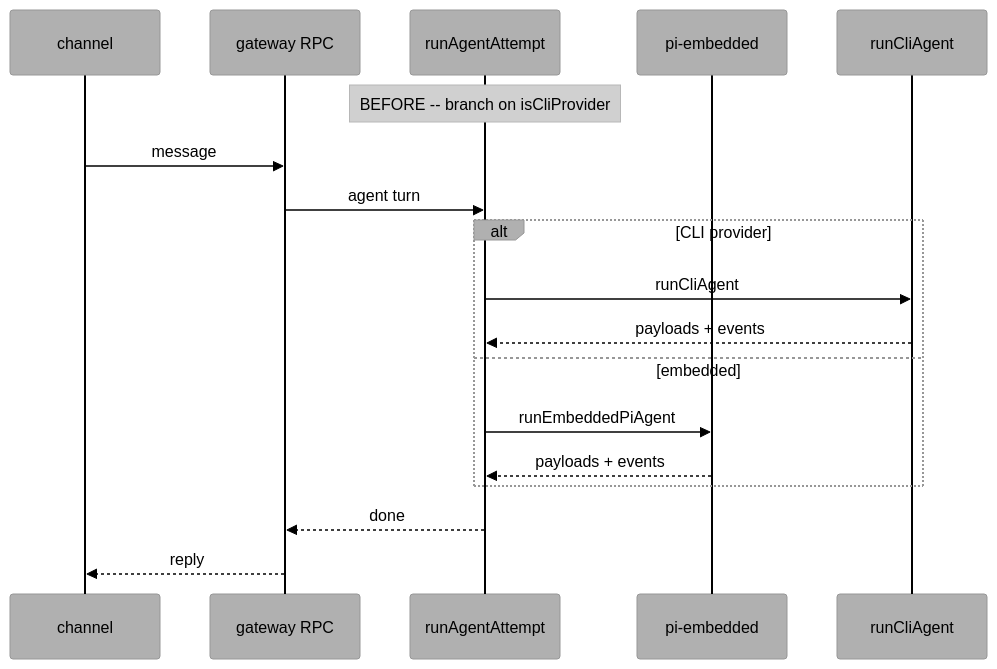
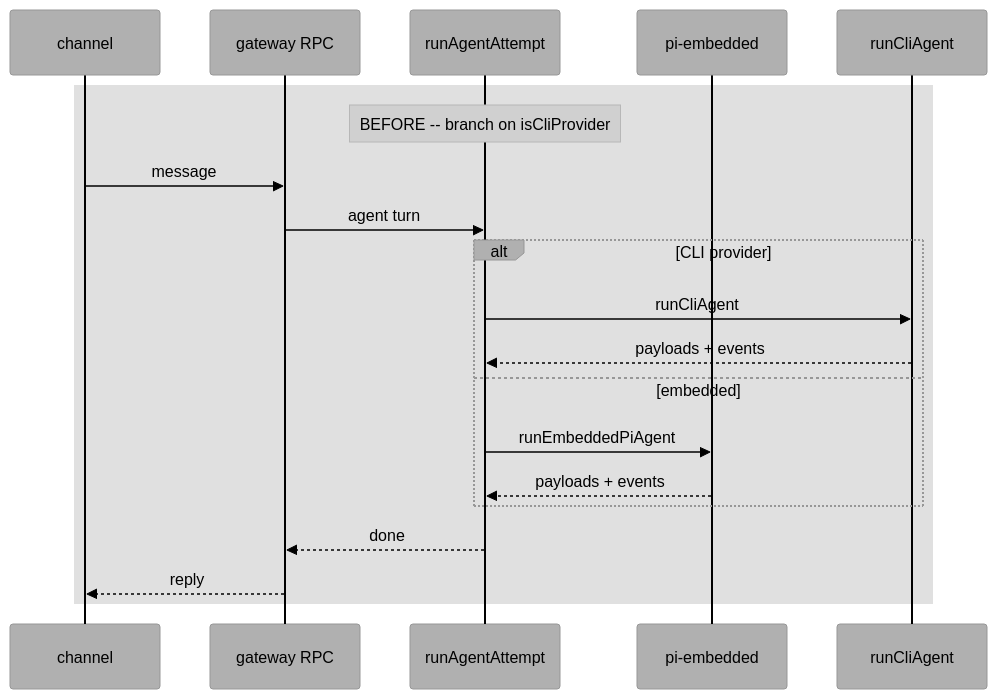
The fourth of 9 diagrams in docs/refactor/acp-everywhere.md (bochek/openclaw), drawn with Mermaid before and after one commit. The commit also changed other lines of this file, not shown here.

Commit message:
docs: wrap ACP-everywhere sequence diagrams in native Mermaid rect blocks for dark-mode readability

````diff
--- a/docs/refactor/acp-everywhere.md
+++ b/docs/refactor/acp-everywhere.md
@@ -176,21 +176,23 @@
 ```mermaid
-%%{init: {'theme':'base','themeCSS':'svg{background:#e0e0e0;} .messageText{fill:#000000 !important;} .messageLine0,.messageLine1{stroke:#000000 !important;} text.actor{fill:#000000 !important;} .loopText,.loopText>tspan{fill:#000000 !important;} rect.actor{fill:#b0b0b0 !important;stroke:#000000 !important;}','themeVariables':{'background':'#e0e0e0','primaryColor':'#b0b0b0','secondaryColor':'#a0a0a0','tertiaryColor':'#909090','primaryTextColor':'#000000','secondaryTextColor':'#000000','tertiaryTextColor':'#000000','noteTextColor':'#000000','lineColor':'#000000','actorLineColor':'#000000','signalColor':'#000000','actorBkg':'#b0b0b0','actorTextColor':'#000000','noteBkgColor':'#d0d0d0','stateLabelColor':'#000000','compositeBackground':'#c0c0c0'}}}%%
+%%{init: {'theme':'base','themeVariables':{'primaryColor':'#b0b0b0','secondaryColor':'#a0a0a0','tertiaryColor':'#909090','primaryTextColor':'#000000','secondaryTextColor':'#000000','tertiaryTextColor':'#000000','noteTextColor':'#000000','lineColor':'#000000','actorLineColor':'#000000','signalColor':'#000000','actorBkg':'#b0b0b0','actorTextColor':'#000000','noteBkgColor':'#d0d0d0','stateLabelColor':'#000000','compositeBackground':'#c0c0c0'}}}%%
 sequenceDiagram
     participant U as channel
     participant G as gateway RPC
     participant A as runAgentAttempt
     participant P as pi-embedded
     participant C as runCliAgent
-    Note over A: BEFORE -- branch on isCliProvider
-    U->>G: message
-    G->>A: agent turn
-    alt CLI provider
-        A->>C: runCliAgent
-        C-->>A: payloads + events
-    else embedded
-        A->>P: runEmbeddedPiAgent
-        P-->>A: payloads + events
+    rect rgb(224, 224, 224)
+      Note over A: BEFORE -- branch on isCliProvider
+      U->>G: message
+      G->>A: agent turn
+      alt CLI provider
+          A->>C: runCliAgent
+          C-->>A: payloads + events
+      else embedded
+          A->>P: runEmbeddedPiAgent
+          P-->>A: payloads + events
+      end
+      A-->>G: done
+      G-->>U: reply
     end
-    A-->>G: done
-    G-->>U: reply
 ```
````
